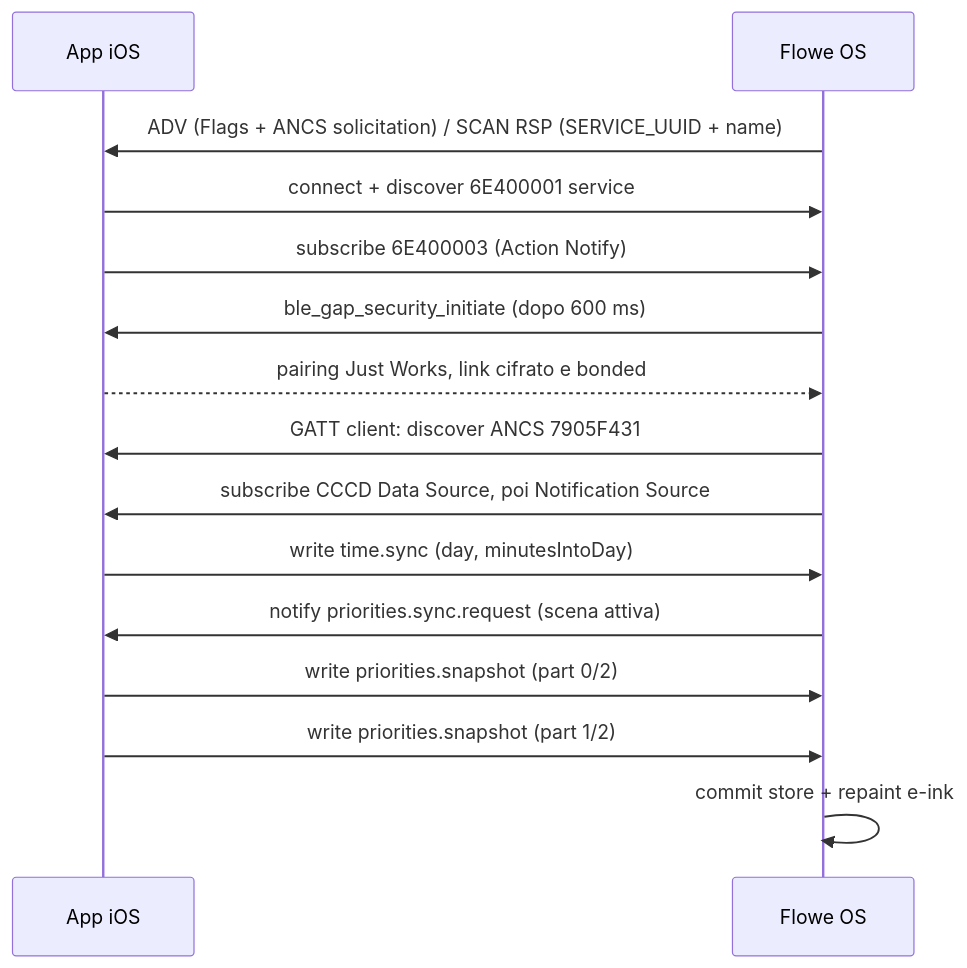
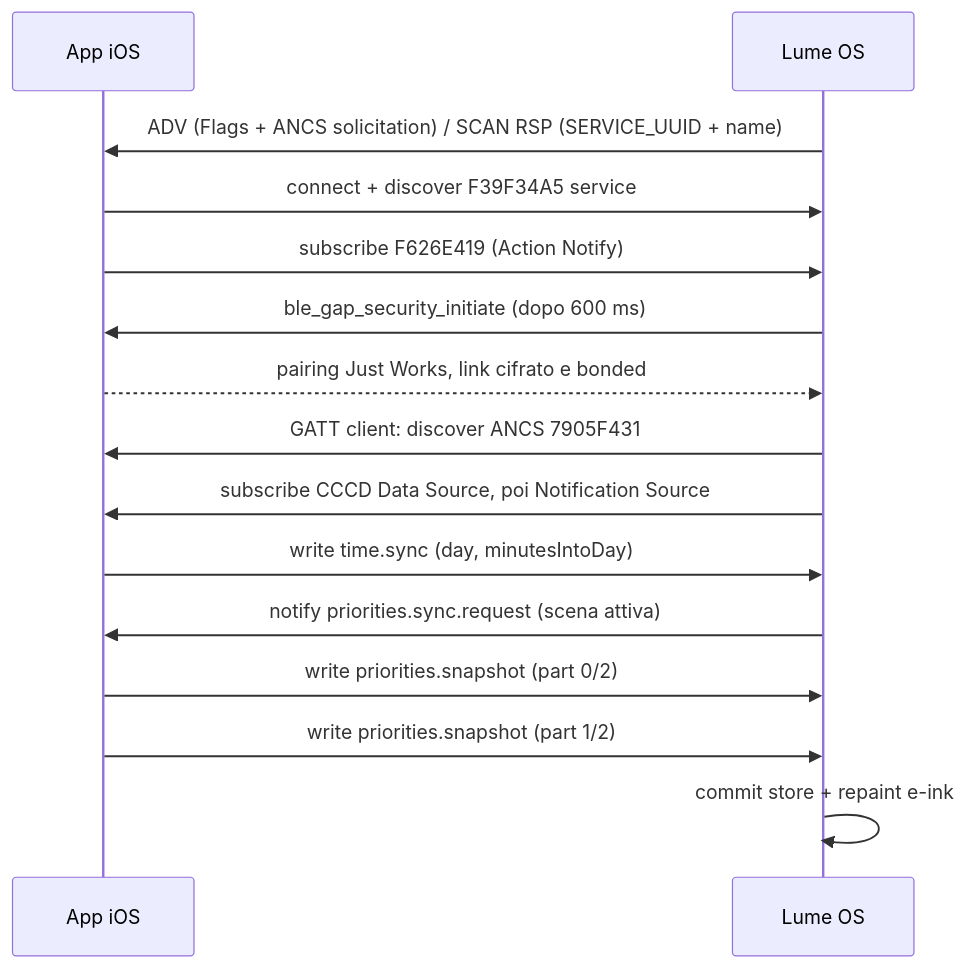
The first of 2 diagrams in docs/lume/03-protocollo-ble.md (Bodyes26/lume), drawn with Mermaid before and after one commit. The commit also changed other lines of this file and 12 other files, not shown here.

````diff
--- a/docs/lume/03-protocollo-ble.md
+++ b/docs/lume/03-protocollo-ble.md
@@ -196,17 +198,17 @@
 ```mermaid
 sequenceDiagram
     participant iOS as App iOS
-    participant Dev as Flowe OS
+    participant Dev as Lume OS
     Dev->>iOS: ADV (Flags + ANCS solicitation) / SCAN RSP (SERVICE_UUID + name)
-    iOS->>Dev: connect + discover 6E400001 service
-    iOS->>Dev: subscribe 6E400003 (Action Notify)
+    iOS->>Dev: connect + discover F39F34A5 service
+    iOS->>Dev: subscribe F626E419 (Action Notify)
     Dev->>iOS: ble_gap_security_initiate (dopo 600 ms)
     iOS-->>Dev: pairing Just Works, link cifrato e bonded
     Dev->>iOS: GATT client: discover ANCS 7905F431
     Dev->>iOS: subscribe CCCD Data Source, poi Notification Source
     iOS->>Dev: write time.sync (day, minutesIntoDay)
     Dev->>iOS: notify priorities.sync.request (scena attiva)
     iOS->>Dev: write priorities.snapshot (part 0/2)
     iOS->>Dev: write priorities.snapshot (part 1/2)
     Dev->>Dev: commit store + repaint e-ink
 ```
````
